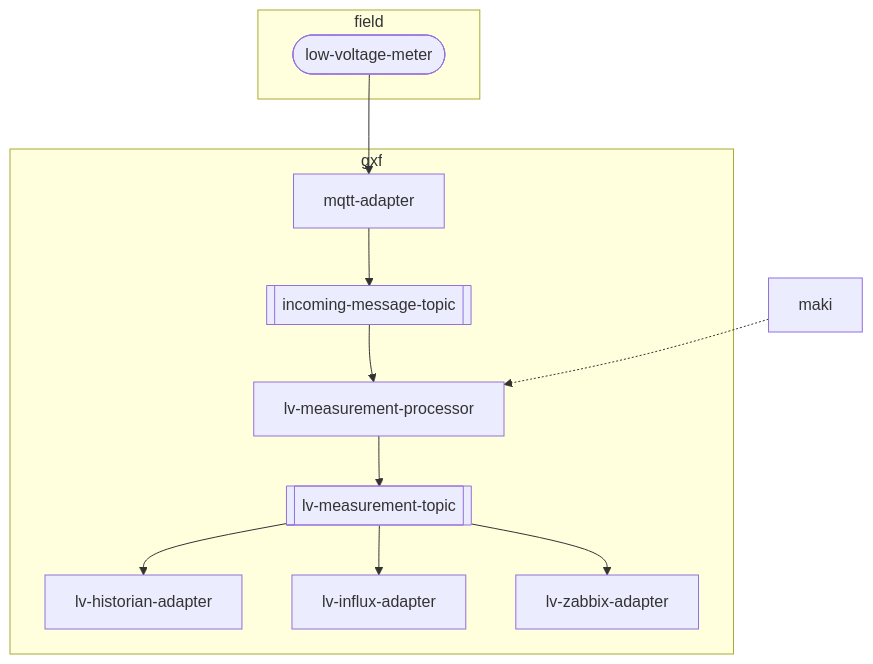
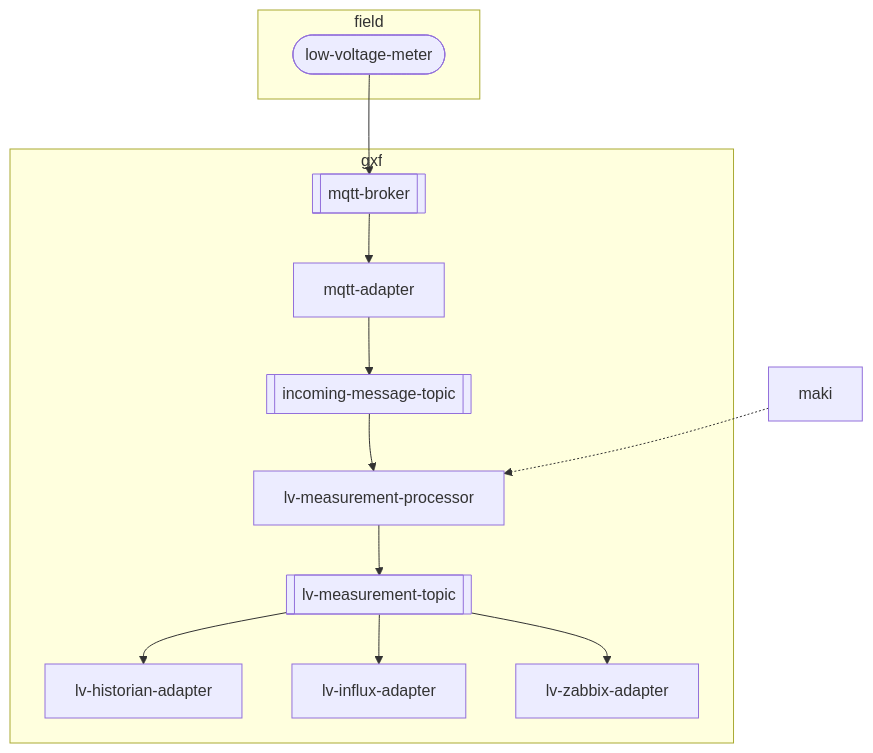
One commit to OSGP/gxf-design-decisions changed the diagram in redesign/graphs.md. Above: the diagram before and after it, drawn with Mermaid.

Commit message:
Add mqtt broker to graph

````diff
--- a/redesign/graphs.md
+++ b/redesign/graphs.md
@@ -4,24 +4,26 @@
 ```mermaid
 flowchart TB
   subgraph gxf
     imt[[incoming-message-topic]]
     lvmt[[lv-measurement-topic]]
   
+    mqtt-broker[[mqtt-broker]]
+    mqtt-broker-->mqtt-adapter;
     mqtt-adapter-->imt;
   
     imt-->lv-measurement-processor;
     lv-measurement-processor-->lvmt;
     
     lvmt-->lv-historian-adapter;
     lvmt-->lv-influx-adapter;
     lvmt-->lv-zabbix-adapter;
   end
 
   subgraph field
     lvm([low-voltage-meter])
   end
 
-  lvm-->mqtt-adapter;
+  lvm-->mqtt-broker;
 
   maki-.->lv-measurement-processor;
 ```
````
